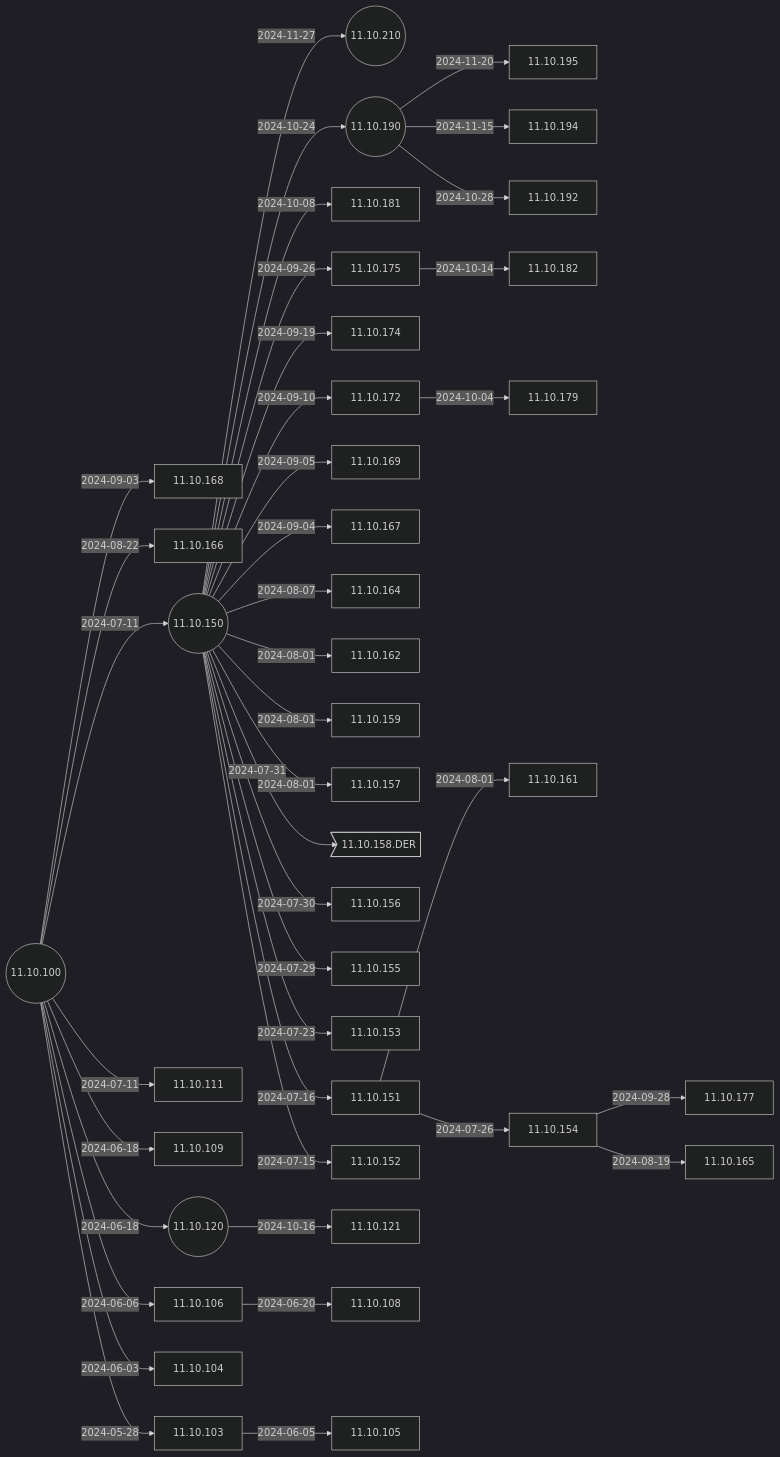
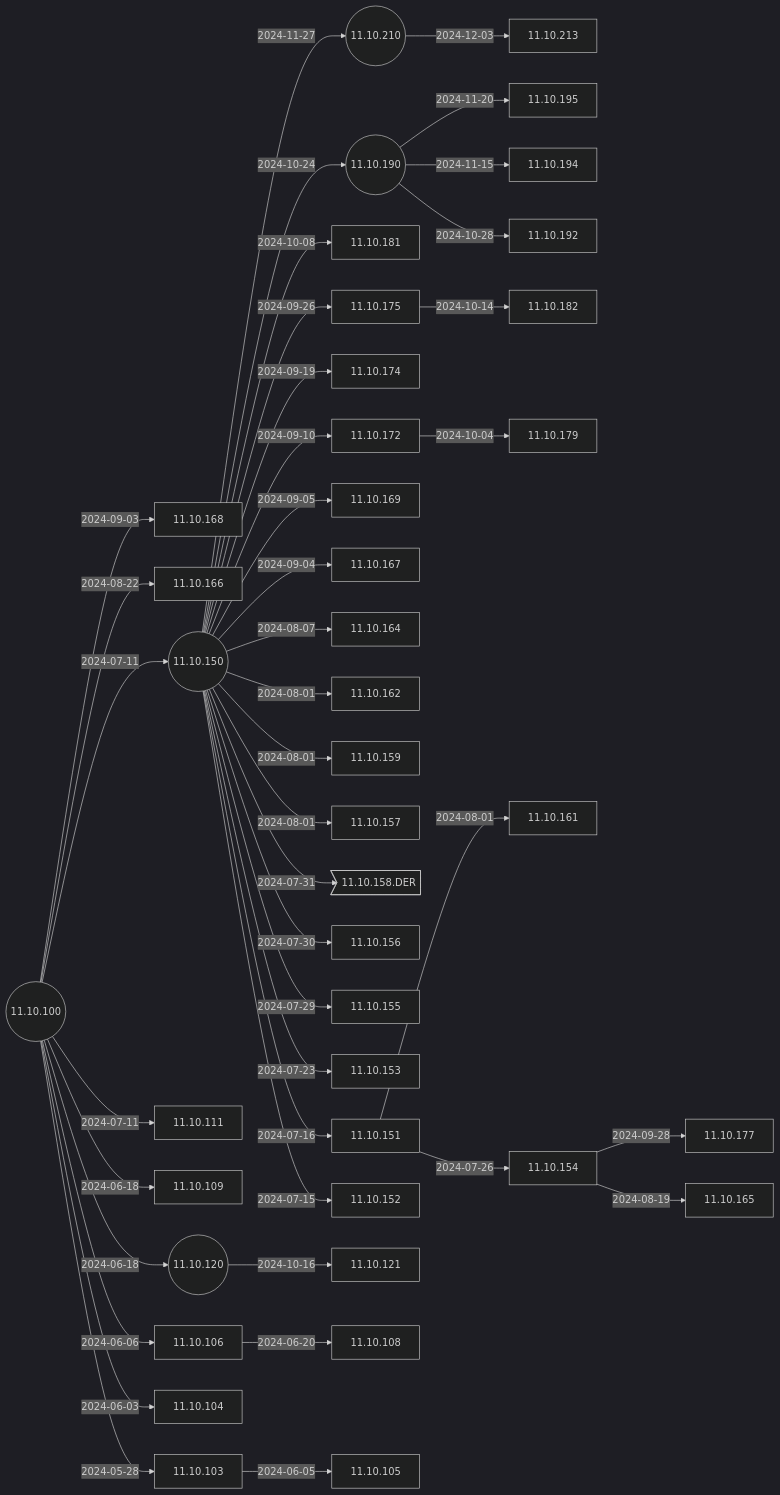
The second of 6 diagrams in docs/Docs/ReleaseNotes/01-OS11/README.md (IGEL-Community/IGEL-Docs-v02), drawn with Mermaid (dark theme) before and after one commit. The commit also changed 2 other files, not shown here.

Commit message:
11.10.213 < 11.10.210 11.10.213 < 11.10.210

````diff
--- a/docs/Docs/ReleaseNotes/01-OS11/README.md
+++ b/docs/Docs/ReleaseNotes/01-OS11/README.md
@@ -41,5 +41,6 @@
 ```mermaid
 flowchart LR
+    11.10.210-- 2024-12-03 -->11.10.213
     11.10.150-- 2024-11-27 -->11.10.210((11.10.210))
     11.10.190-- 2024-11-20 -->11.10.195
     11.10.190-- 2024-11-15 -->11.10.194
@@ -80,6 +81,7 @@
     11.10.100-- 2024-06-03 -->11.10.104
     11.10.100-- 2024-05-28 -->11.10.103
     11.10.100((11.10.100))
+    click 11.10.213 "https://github.com/IGEL-Community/IGEL-Docs-v02/tree/main/docs/Docs/ReleaseNotes/01-OS11/readme11.10.213.txt" _blank
     click 11.10.210 "https://github.com/IGEL-Community/IGEL-Docs-v02/tree/main/docs/Docs/ReleaseNotes/01-OS11/readme11.10.210.txt" _blank
     click 11.10.195 "https://github.com/IGEL-Community/IGEL-Docs-v02/tree/main/docs/Docs/ReleaseNotes/01-OS11/readme11.10.195.txt" _blank
     click 11.10.194 "https://github.com/IGEL-Community/IGEL-Docs-v02/tree/main/docs/Docs/ReleaseNotes/01-OS11/readme11.10.194.txt" _blank
````
